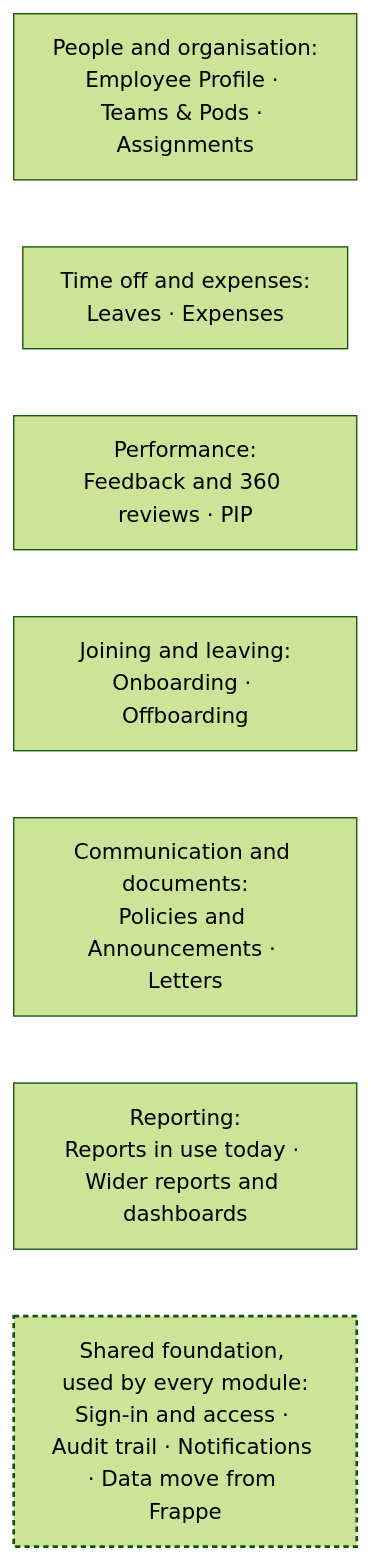
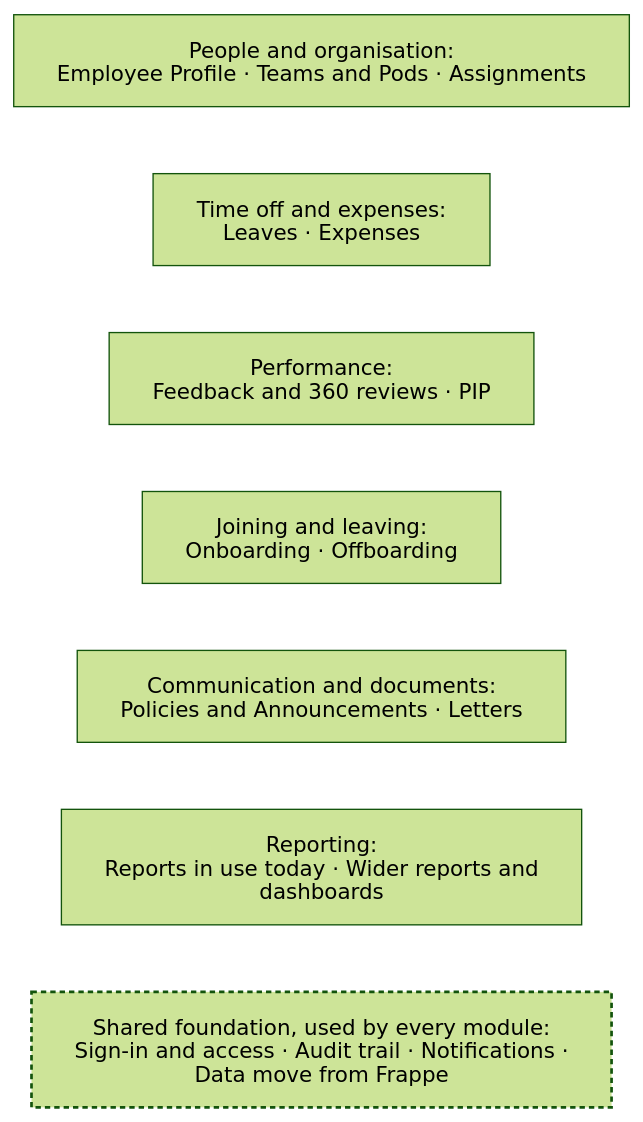
The first of 2 diagrams in docs/stage-3-product-definition/02-prd.md (RenukaPorje/ERP-internal), drawn with Mermaid (forest theme) before and after one commit. The commit also changed other lines of this file and 2 other files, not shown here.

Commit message:
docs: fixing the diagram labels in prd

````diff
--- a/docs/stage-3-product-definition/02-prd.md
+++ b/docs/stage-3-product-definition/02-prd.md
@@ -17,14 +17,14 @@
 ```mermaid
-%%{init: {"fontFamily": "Arial, Helvetica, sans-serif", "flowchart": {"htmlLabels": false, "padding": 14}}}%%
+%%{init: {"htmlLabels": false, "fontFamily": "Arial, Helvetica, sans-serif", "flowchart": {"htmlLabels": false, "padding": 16, "wrappingWidth": 400}}}%%
 flowchart TB
-    A1["People and organisation:<br/>Employee Profile · Teams & Pods · Assignments"]
+    A1["People and organisation:<br/>Employee Profile · Teams and Pods · Assignments"]
     A2["Time off and expenses:<br/>Leaves · Expenses"]
     A3["Performance:<br/>Feedback and 360 reviews · PIP"]
     A4["Joining and leaving:<br/>Onboarding · Offboarding"]
     A5["Communication and documents:<br/>Policies and Announcements · Letters"]
     A6["Reporting:<br/>Reports in use today · Wider reports and dashboards"]
     B["Shared foundation, used by every module:<br/>Sign-in and access · Audit trail · Notifications · Data move from Frappe"]
     A1 ~~~ A2 ~~~ A3 ~~~ A4 ~~~ A5 ~~~ A6 ~~~ B
     classDef base stroke-width:2px,stroke-dasharray:4 3
     class B base
 ```
````
